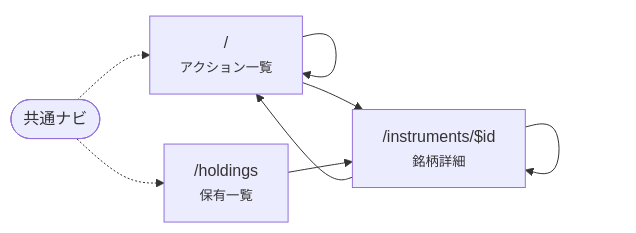
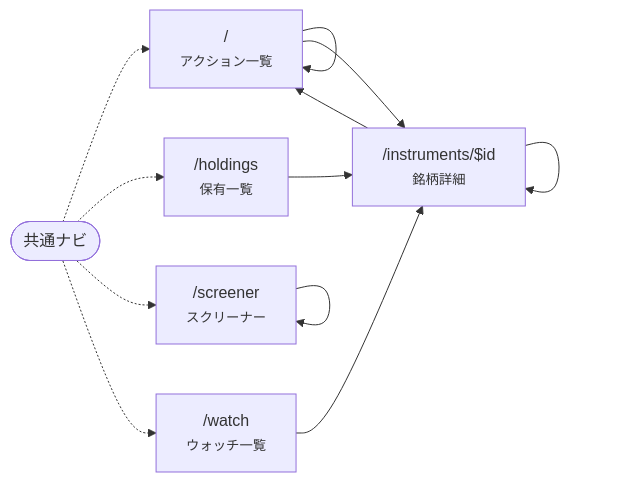
One commit to itinao/trading-tools changed the diagram in docs/screens.md. Above: the diagram before and after it, drawn with Mermaid. The commit also changed other lines of this file and 27 other files, not shown here.

Commit message:
Dashboard: watch and screener pages, offense badges; advise skill for watch stances (0013 §3.6, §3.7)

````diff
--- a/docs/screens.md
+++ b/docs/screens.md
@@ -16,14 +18,20 @@
 ```mermaid
 flowchart LR
     NAV(["共通ナビ"])
     R_["/<br><small>アクション一覧</small>"]
     R_holdings["/holdings<br><small>保有一覧</small>"]
     R_instruments__id["/instruments/$id<br><small>銘柄詳細</small>"]
+    R_screener["/screener<br><small>スクリーナー</small>"]
+    R_watch["/watch<br><small>ウォッチ一覧</small>"]
     NAV -.-> R_
     NAV -.-> R_holdings
+    NAV -.-> R_screener
+    NAV -.-> R_watch
     R_ --> R_
     R_ --> R_instruments__id
     R_holdings --> R_instruments__id
     R_instruments__id --> R_
     R_instruments__id --> R_instruments__id
+    R_screener --> R_screener
+    R_watch --> R_instruments__id
 ```
````
